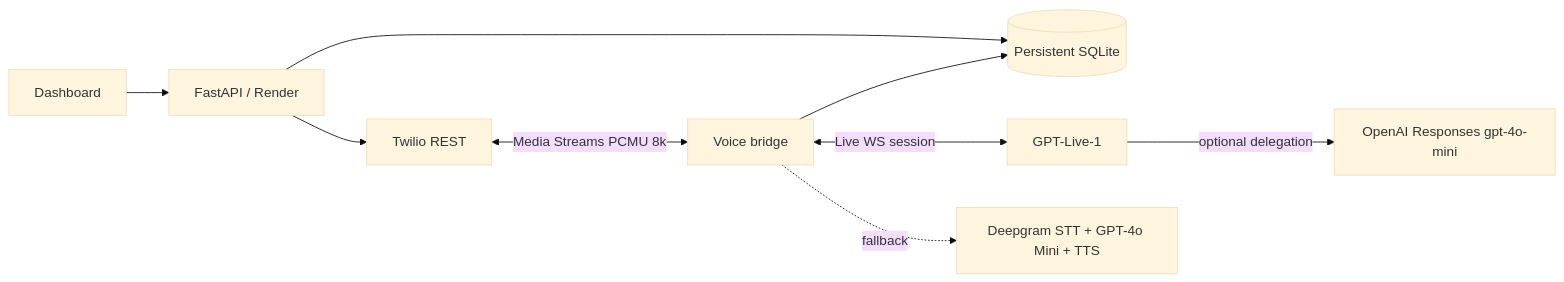
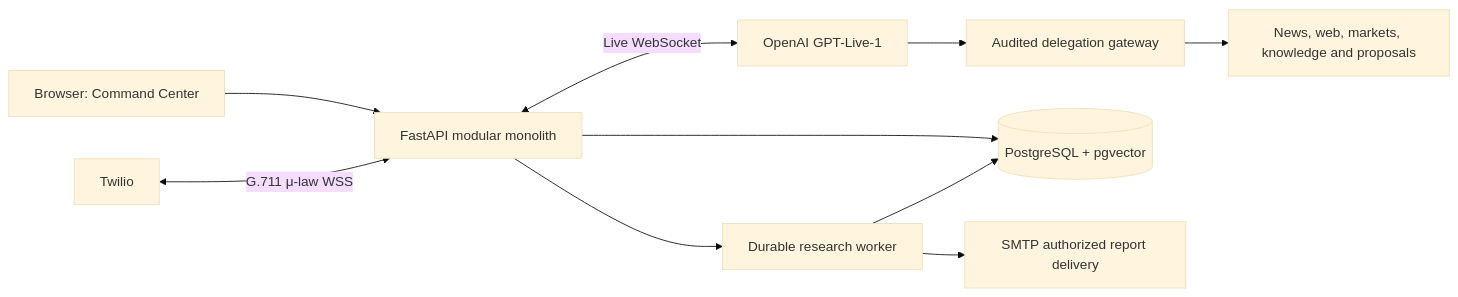
The diagram in README.md (bharat948/cerebrium-voice-agent), drawn with Mermaid (base theme) before and after one commit. The commit also changed other lines of this file and 101 other files, not shown here.

````diff
--- a/README.md
+++ b/README.md
@@ -116,11 +69,12 @@
 ```mermaid
 flowchart LR
-    U[Dashboard] --> API[FastAPI / Render]
-    API --> DB[(Persistent SQLite)]
-    API --> T[Twilio REST]
-    T <-->|Media Streams PCMU 8k| V[Voice bridge]
-    V <-->|Live WS session| L[GPT-Live-1]
-    L -->|optional delegation| R[OpenAI Responses gpt-4o-mini]
-    V -. fallback .-> D[Deepgram STT + GPT-4o Mini + TTS]
-    V --> DB
+  B[Browser: Command Center] --> A[FastAPI modular monolith]
+  T[Twilio] <-->|G.711 μ-law WSS| A
+  A <-->|Live WebSocket| O[OpenAI GPT-Live-1]
+  O --> F[Audited delegation gateway]
+  F --> X[News, web, markets, knowledge and proposals]
+  A --> P[(PostgreSQL + pgvector)]
+  A --> W[Durable research worker]
+  W --> P
+  W --> S[SMTP authorized report delivery]
 ```
````
